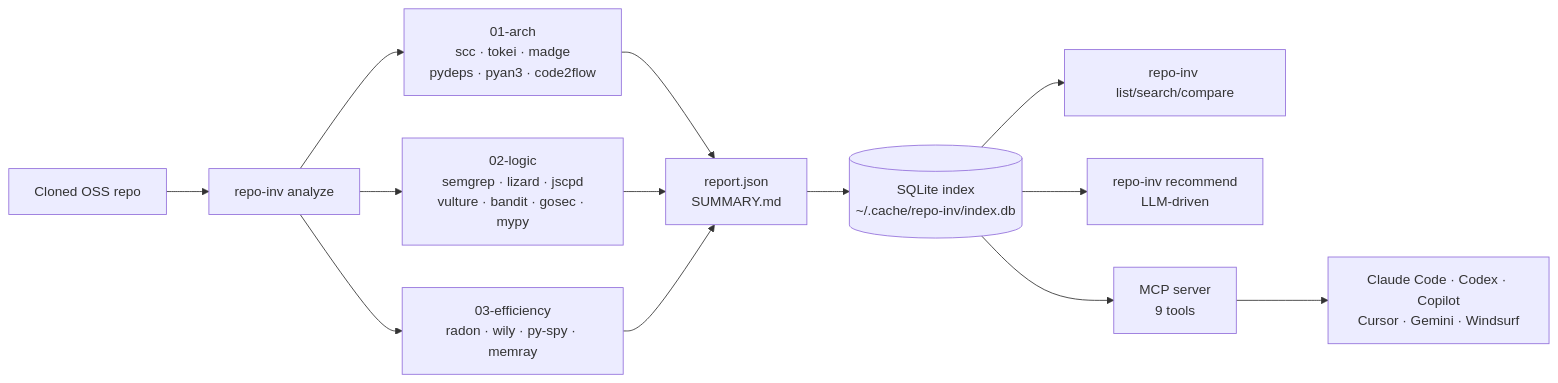
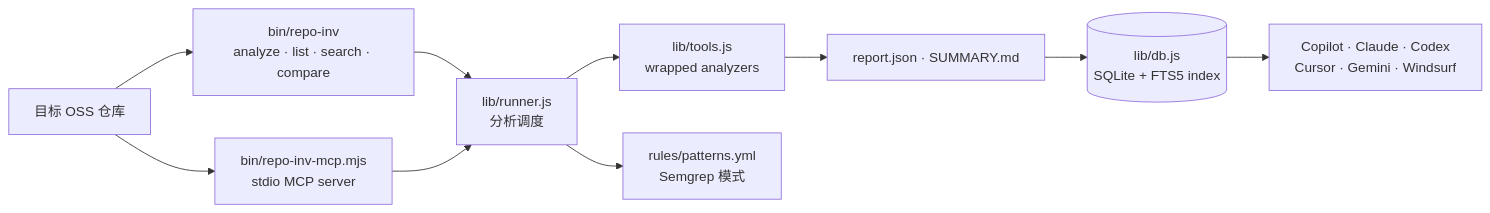
Before and after one commit to CHINGBOH/code-analysis-suite: the diagram in README.md, drawn with Mermaid. The commit also changed other lines of this file, not shown here.

Commit message:
docs(readme): 标准化门面 — 徽章+mermaid架构图 (Best-README-Template 规范)

````diff
--- a/README.md
+++ b/README.md
@@ -66,15 +43,12 @@
 ```mermaid
 flowchart LR
-    A[Cloned OSS repo] --> B[repo-inv analyze]
-    B --> C1[01-arch<br/>scc · tokei · madge<br/>pydeps · pyan3 · code2flow]
-    B --> C2[02-logic<br/>semgrep · lizard · jscpd<br/>vulture · bandit · gosec · mypy]
-    B --> C3[03-efficiency<br/>radon · wily · py-spy · memray]
-    C1 --> D[report.json<br/>SUMMARY.md]
-    C2 --> D
-    C3 --> D
-    D --> E[(SQLite index<br/>~/.cache/repo-inv/index.db)]
-    E --> F1[repo-inv list/search/compare]
-    E --> F2[repo-inv recommend<br/>LLM-driven]
-    E --> F3[MCP server<br/>9 tools]
-    F3 --> G[Claude Code · Codex · Copilot<br/>Cursor · Gemini · Windsurf]
+    Target["目标 OSS 仓库"] --> CLI["bin/repo-inv<br/>analyze · list · search · compare"]
+    Target --> MCP["bin/repo-inv-mcp.mjs<br/>stdio MCP server"]
+    CLI --> Runner["lib/runner.js<br/>分析调度"]
+    MCP --> Runner
+    Runner --> Tools["lib/tools.js<br/>wrapped analyzers"]
+    Runner --> Rules["rules/patterns.yml<br/>Semgrep 模式"]
+    Tools --> Reports["report.json · SUMMARY.md"]
+    Reports --> DB[("lib/db.js<br/>SQLite + FTS5 index")]
+    DB --> Agents["Copilot · Claude · Codex<br/>Cursor · Gemini · Windsurf"]
 ```
````
